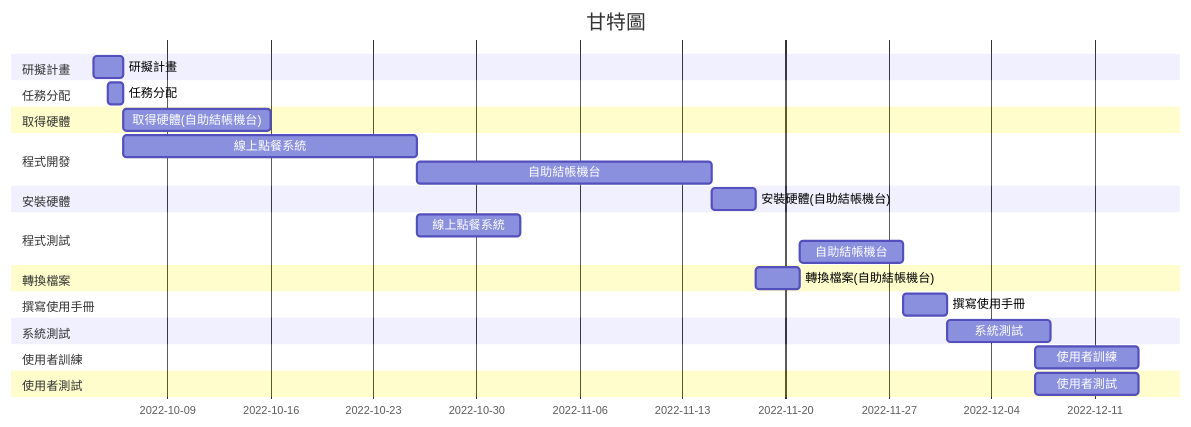
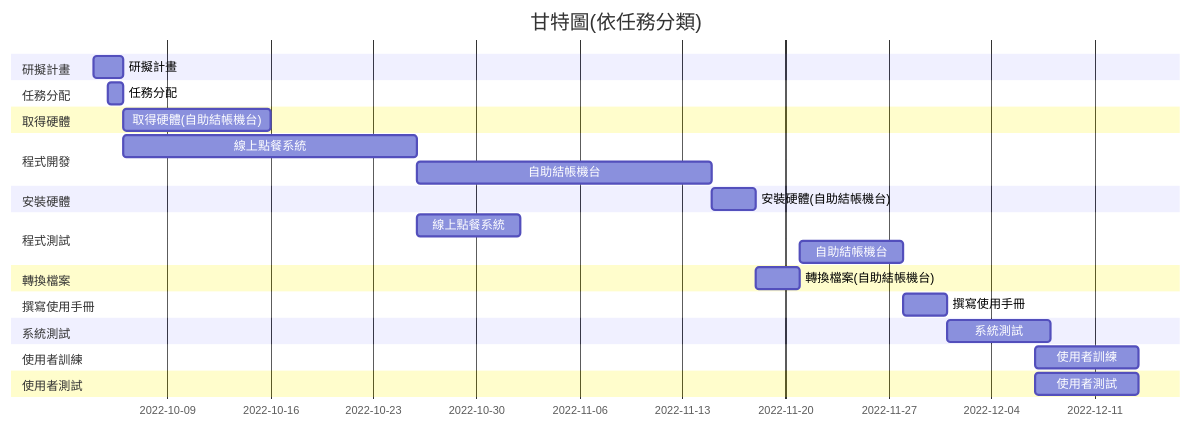
One commit to bingxueNKUST/group12 changed the first of 2 diagrams in README.md. Above: the diagram before and after it, drawn with Mermaid. The commit also changed other lines of this file, not shown here.

````diff
--- a/README.md
+++ b/README.md
@@ -9,39 +9,39 @@
 ```mermaid
 gantt
-    title 甘特圖
+    title 甘特圖(依任務分類)
     section 研擬計畫
     研擬計畫:a1, 2022-10-04, 2d
     
     section 任務分配
     任務分配:2022-10-05  , 1d
     
     section 取得硬體
     取得硬體(自助結帳機台):2022-10-06, 10d
     
     section 程式開發
     線上點餐系統:2022-10-6, 20d
     自助結帳機台:2022-10-26, 20d
     
     section 安裝硬體
     安裝硬體(自助結帳機台):2022-11-15, 3d
     
     
     section 程式測試
     線上點餐系統:2022-10-26, 7d
     自助結帳機台:2022-11-21, 7d
     
     section 轉換檔案
     轉換檔案(自助結帳機台):2022-11-18, 3d
     
     section 撰寫使用手冊
     撰寫使用手冊:2022-11-28, 3d
     
     section 系統測試
     系統測試:2022-12-01, 7d
     
     section 使用者訓練
     使用者訓練:2022-12-07, 7d
     
     section 使用者測試
     使用者測試:2022-12-07, 7d
 ```
````
